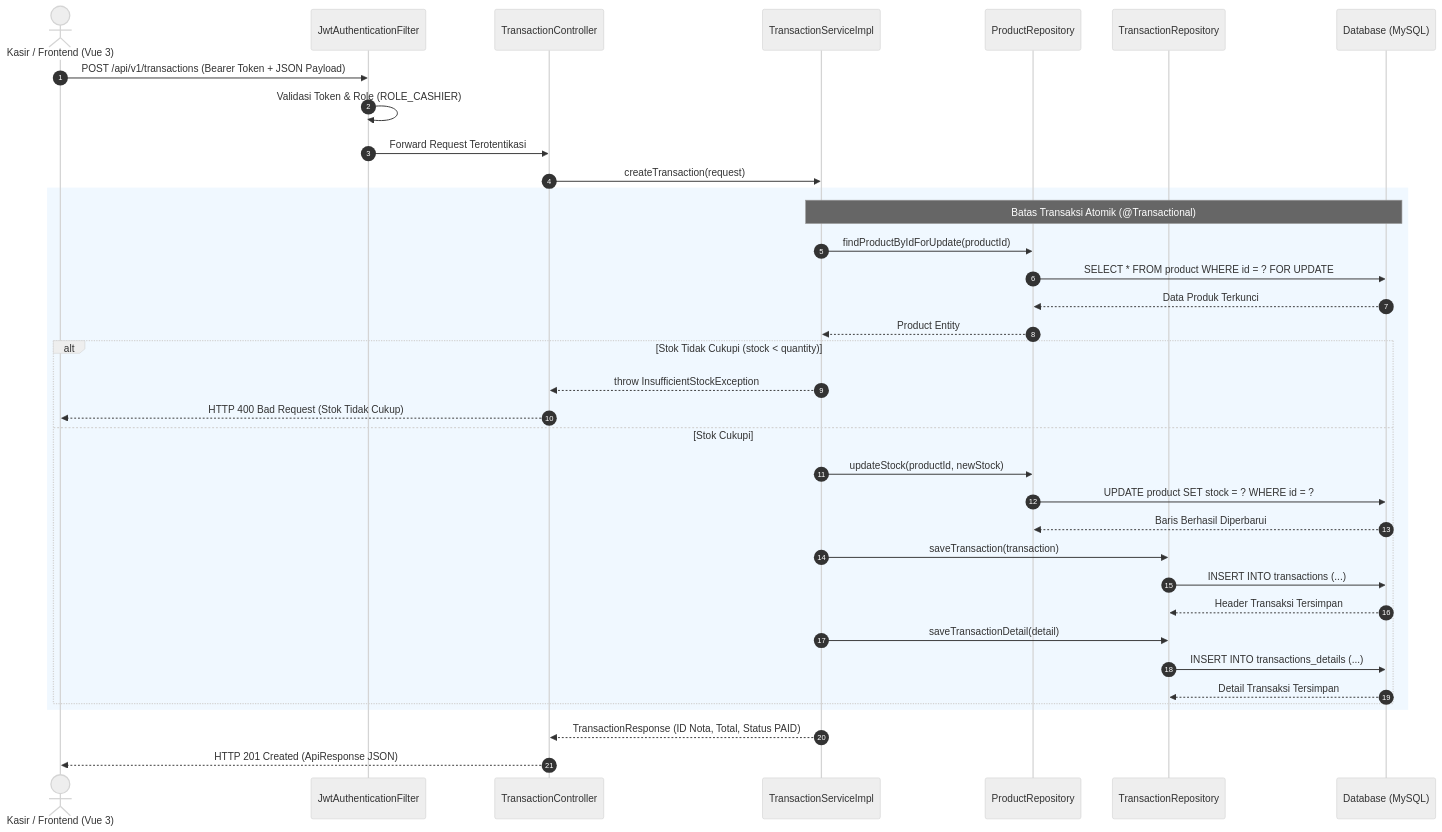
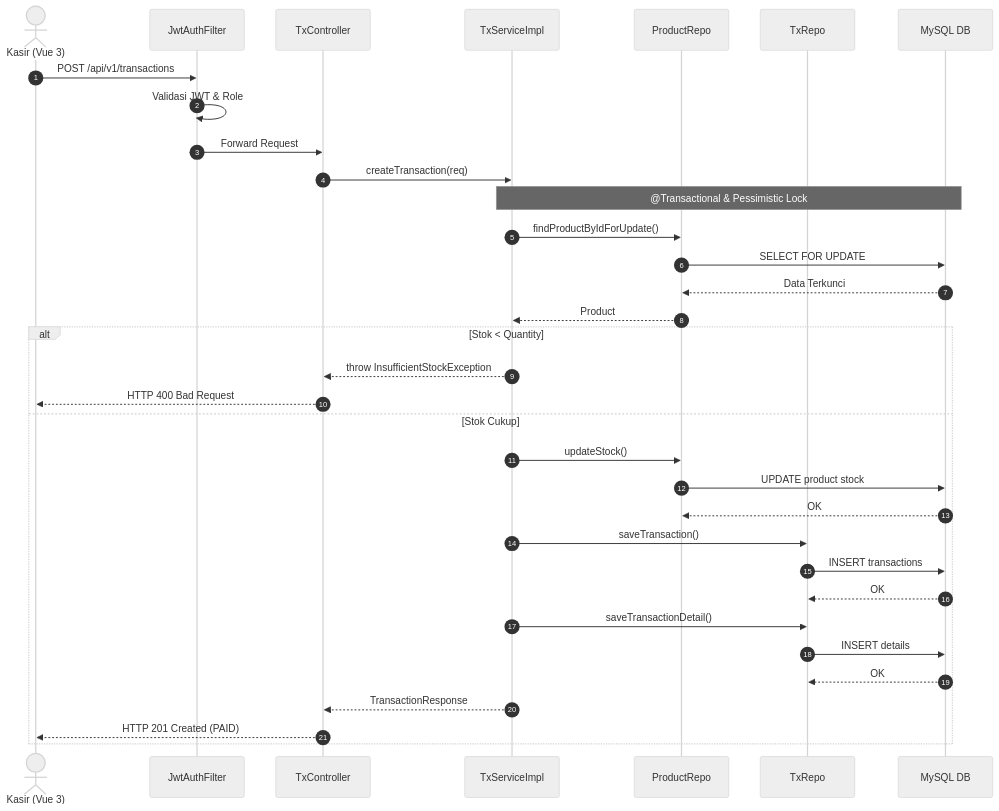
Before and after one commit to assidik12/Retail-Flow: the fifth of 5 diagrams in README.md, drawn with Mermaid (neutral theme).

Commit message:
fix(docs): simplify sequence diagram for github dark theme compatibility

````diff
--- a/README.md
+++ b/README.md
@@ -298,44 +298,42 @@
 ```mermaid
 sequenceDiagram
     autonumber
-    actor Kasir as Kasir / Frontend (Vue 3)
-    participant Filter as JwtAuthenticationFilter
-    participant Controller as TransactionController
-    participant Service as TransactionServiceImpl
-    participant ProductRepo as ProductRepository
-    participant TxRepo as TransactionRepository
-    participant DB as Database (MySQL)
+    actor Kasir as Kasir (Vue 3)
+    participant Filter as JwtAuthFilter
+    participant Controller as TxController
+    participant Service as TxServiceImpl
+    participant ProductRepo as ProductRepo
+    participant TxRepo as TxRepo
+    participant DB as MySQL DB
 
-    Kasir->>Filter: POST /api/v1/transactions (Bearer Token + JSON Payload)
-    Filter->>Filter: Validasi Token & Role (ROLE_CASHIER)
-    Filter->>Controller: Forward Request Terotentikasi
-    Controller->>Service: createTransaction(request)
+    Kasir->>Filter: POST /api/v1/transactions
+    Filter->>Filter: Validasi JWT & Role
+    Filter->>Controller: Forward Request
+    Controller->>Service: createTransaction(req)
 
-    rect rgb(240, 248, 255)
-        note over Service, DB: Batas Transaksi Atomik (@Transactional)
-        Service->>ProductRepo: findProductByIdForUpdate(productId)
-        ProductRepo->>DB: SELECT * FROM product WHERE id = ? FOR UPDATE
-        DB-->>ProductRepo: Data Produk Terkunci
-        ProductRepo-->>Service: Product Entity
+    note over Service, DB: @Transactional & Pessimistic Lock
+    Service->>ProductRepo: findProductByIdForUpdate()
+    ProductRepo->>DB: SELECT FOR UPDATE
+    DB-->>ProductRepo: Data Terkunci
+    ProductRepo-->>Service: Product
 
-        alt Stok Tidak Cukupi (stock < quantity)
-            Service-->>Controller: throw InsufficientStockException
-            Controller-->>Kasir: HTTP 400 Bad Request (Stok Tidak Cukup)
-        else Stok Cukupi
-            Service->>ProductRepo: updateStock(productId, newStock)
-            ProductRepo->>DB: UPDATE product SET stock = ? WHERE id = ?
-            DB-->>ProductRepo: Baris Berhasil Diperbarui
+    alt Stok < Quantity
+        Service-->>Controller: throw InsufficientStockException
+        Controller-->>Kasir: HTTP 400 Bad Request
+    else Stok Cukup
+        Service->>ProductRepo: updateStock()
+        ProductRepo->>DB: UPDATE product stock
+        DB-->>ProductRepo: OK
 
-            Service->>TxRepo: saveTransaction(transaction)
-            TxRepo->>DB: INSERT INTO transactions (...)
-            DB-->>TxRepo: Header Transaksi Tersimpan
+        Service->>TxRepo: saveTransaction()
+        TxRepo->>DB: INSERT transactions
+        DB-->>TxRepo: OK
 
-            Service->>TxRepo: saveTransactionDetail(detail)
-            TxRepo->>DB: INSERT INTO transactions_details (...)
-            DB-->>TxRepo: Detail Transaksi Tersimpan
-        end
+        Service->>TxRepo: saveTransactionDetail()
+        TxRepo->>DB: INSERT details
+        DB-->>TxRepo: OK
+
+        Service-->>Controller: TransactionResponse
+        Controller-->>Kasir: HTTP 201 Created (PAID)
     end
-
-    Service-->>Controller: TransactionResponse (ID Nota, Total, Status PAID)
-    Controller-->>Kasir: HTTP 201 Created (ApiResponse JSON)
 ```
````
